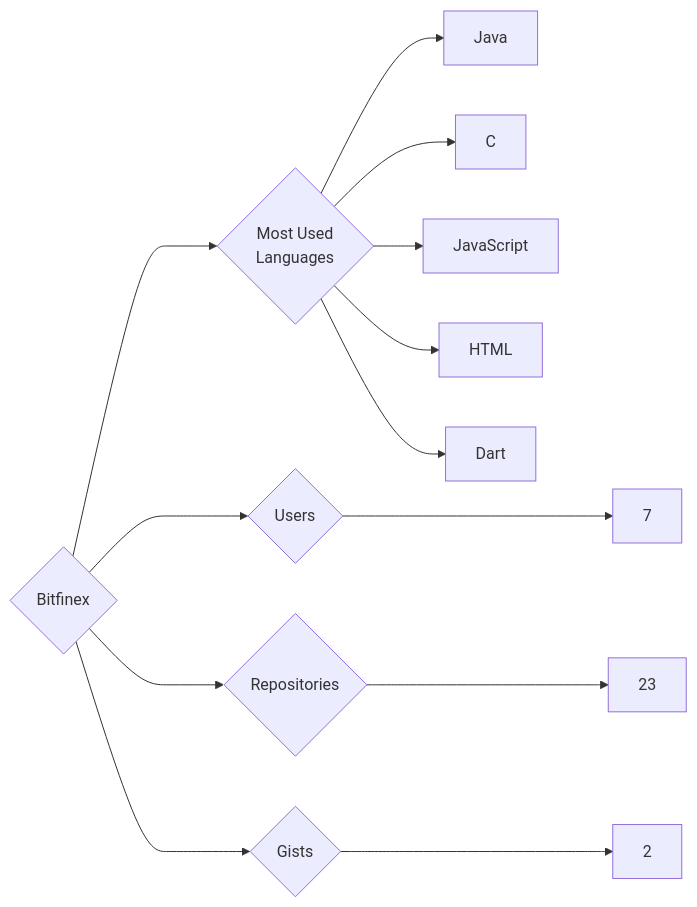
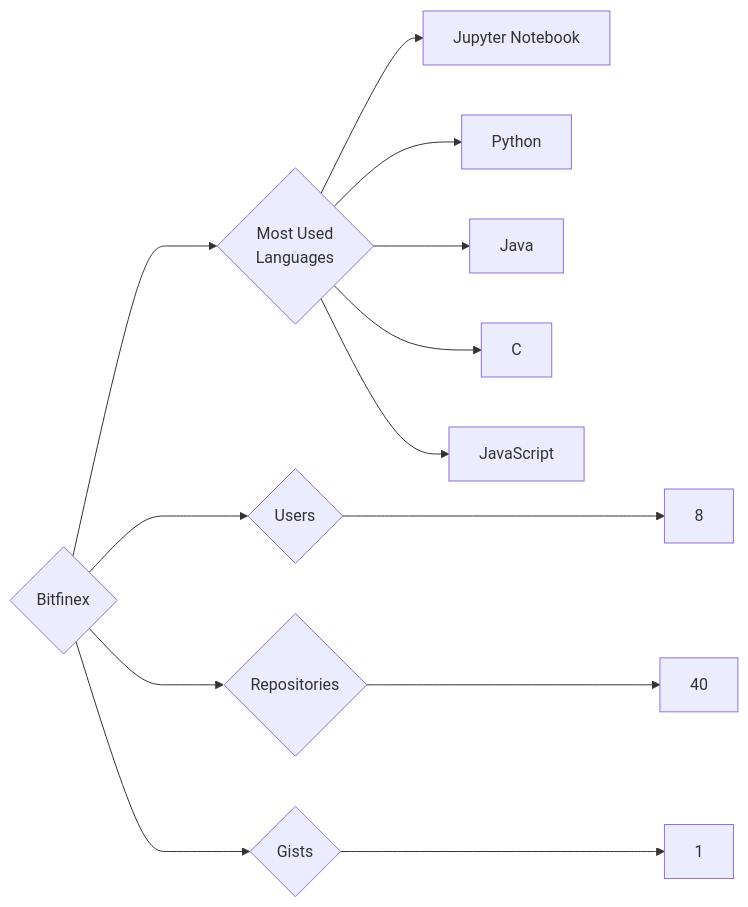
The diagram in targets/Bitfinex/README.md (trickest/insiders), drawn with Mermaid before and after one commit. The commit also changed 1170 other files, not shown here.

````diff
--- a/targets/Bitfinex/README.md
+++ b/targets/Bitfinex/README.md
@@ -3,13 +3,13 @@
 ```mermaid
 graph LR
 COMPANY_NAME{Bitfinex}
-COMPANY_NAME ---> U{Users} ---> UN[7]
-COMPANY_NAME ---> R{Repositories} ---> RN[23]
-COMPANY_NAME ---> G{Gists} ---> GN[2]
+COMPANY_NAME ---> U{Users} ---> UN[8]
+COMPANY_NAME ---> R{Repositories} ---> RN[40]
+COMPANY_NAME ---> G{Gists} ---> GN[1]
 COMPANY_NAME ---> ML{Most Used<br>Languages}
+ML --> Jupyter_Notebook[Jupyter Notebook]
+ML --> Python[Python]
 ML --> Java[Java]
 ML --> C[C]
 ML --> JavaScript[JavaScript]
-ML --> HTML[HTML]
-ML --> Dart[Dart]
 ```
````
